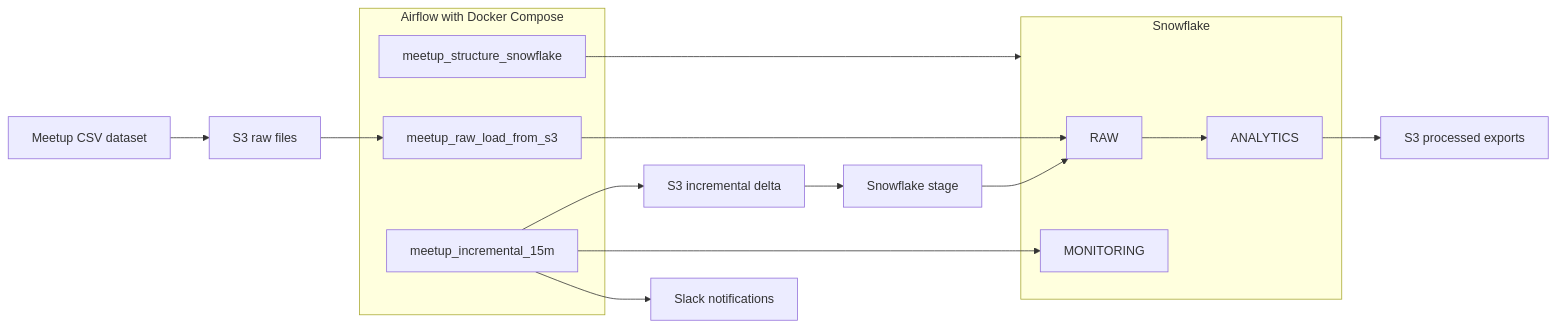
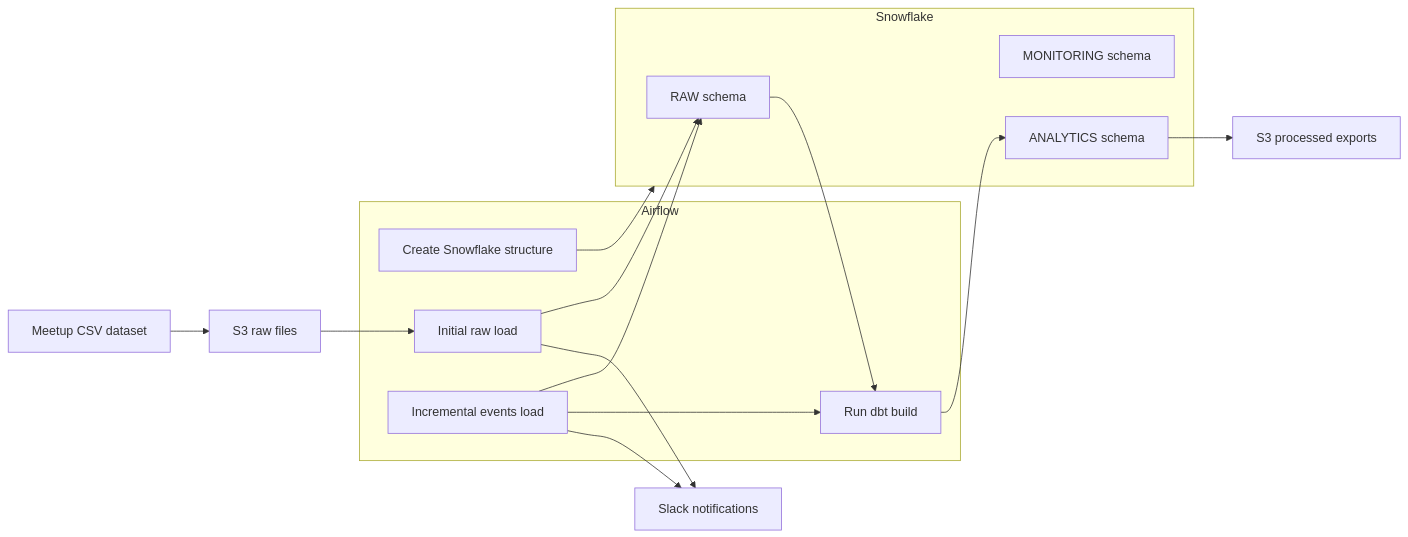
The diagram in README.md (CristianERP/pipeline-snowflake), drawn with Mermaid before and after one commit. The commit also changed other lines of this file, not shown here.

````diff
--- a/README.md
+++ b/README.md
@@ -13,29 +30,34 @@
 ```mermaid
 flowchart LR
     A[Meetup CSV dataset] --> B[S3 raw files]
 
-    subgraph C[Airflow with Docker Compose]
-        C1[meetup_structure_snowflake]
-        C2[meetup_raw_load_from_s3]
-        C3[meetup_incremental_15m]
+    subgraph C[Airflow]
+        C1[Create Snowflake structure]
+        C2[Initial raw load]
+        C3[Incremental events load]
+        C4[Run dbt build]
+    end
+
+    subgraph D[Snowflake]
+        D1[RAW schema]
+        D2[MONITORING schema]
+        D3[ANALYTICS schema]
     end
 
     B --> C2
+
     C1 --> D
 
-    subgraph D[Snowflake]
-        D1[RAW]
-        D2[MONITORING]
-        D3[ANALYTICS]
-    end
+    C2 --> D1
 
-    C2 --> D1
-    C3 --> E[S3 incremental delta]
-    E --> F[Snowflake stage]
-    F --> D1
-    C3 --> D2
-    D1 --> D3
-    D3 --> G[S3 processed exports]
+    C3 --> D1
+    C3 --> C4
 
-    C3 --> H[Slack notifications]
+    D1 --> C4
+    C4 --> D3
+
+    D3 --> E[S3 processed exports]
+
+    C2 --> F[Slack notifications]
+    C3 --> F
 ```
````
